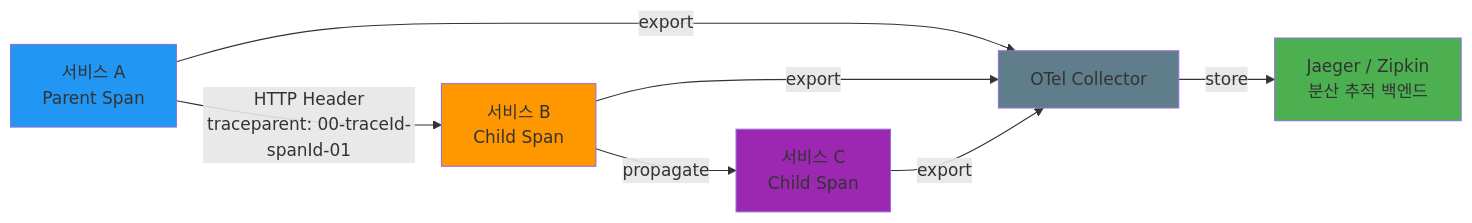
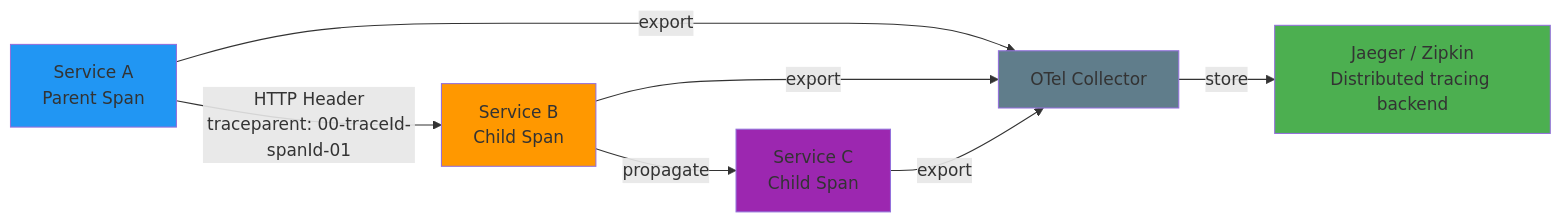
One commit to bluetape4k/bluetape4k-projects changed the fourth of 4 diagrams in infra/opentelemetry/README.md. Above: the diagram before and after it, drawn with Mermaid. The commit also changed other lines of this file and 265 other files, not shown here.

````diff
--- a/infra/opentelemetry/README.md
+++ b/infra/opentelemetry/README.md
@@ -374,17 +377,17 @@
 ```mermaid
 flowchart LR
-    ServiceA[서비스 A<br/>Parent Span] -->|HTTP Header<br/>traceparent: 00-traceId-spanId-01| ServiceB[서비스 B<br/>Child Span]
-    ServiceB -->|propagate| ServiceC[서비스 C<br/>Child Span]
+    ServiceA[Service A<br/>Parent Span] -->|HTTP Header<br/>traceparent: 00-traceId-spanId-01| ServiceB[Service B<br/>Child Span]
+    ServiceB -->|propagate| ServiceC[Service C<br/>Child Span]
 
     ServiceA -->|export| Collector[OTel Collector]
     ServiceB -->|export| Collector
     ServiceC -->|export| Collector
 
-    Collector -->|store| Backend[Jaeger / Zipkin<br/>분산 추적 백엔드]
+    Collector -->|store| Backend[Jaeger / Zipkin<br/>Distributed tracing backend]
 
     style ServiceA fill:#2196F3
     style ServiceB fill:#FF9800
     style ServiceC fill:#9C27B0
     style Backend fill:#4CAF50
     style Collector fill:#607D8B
 ```
````
